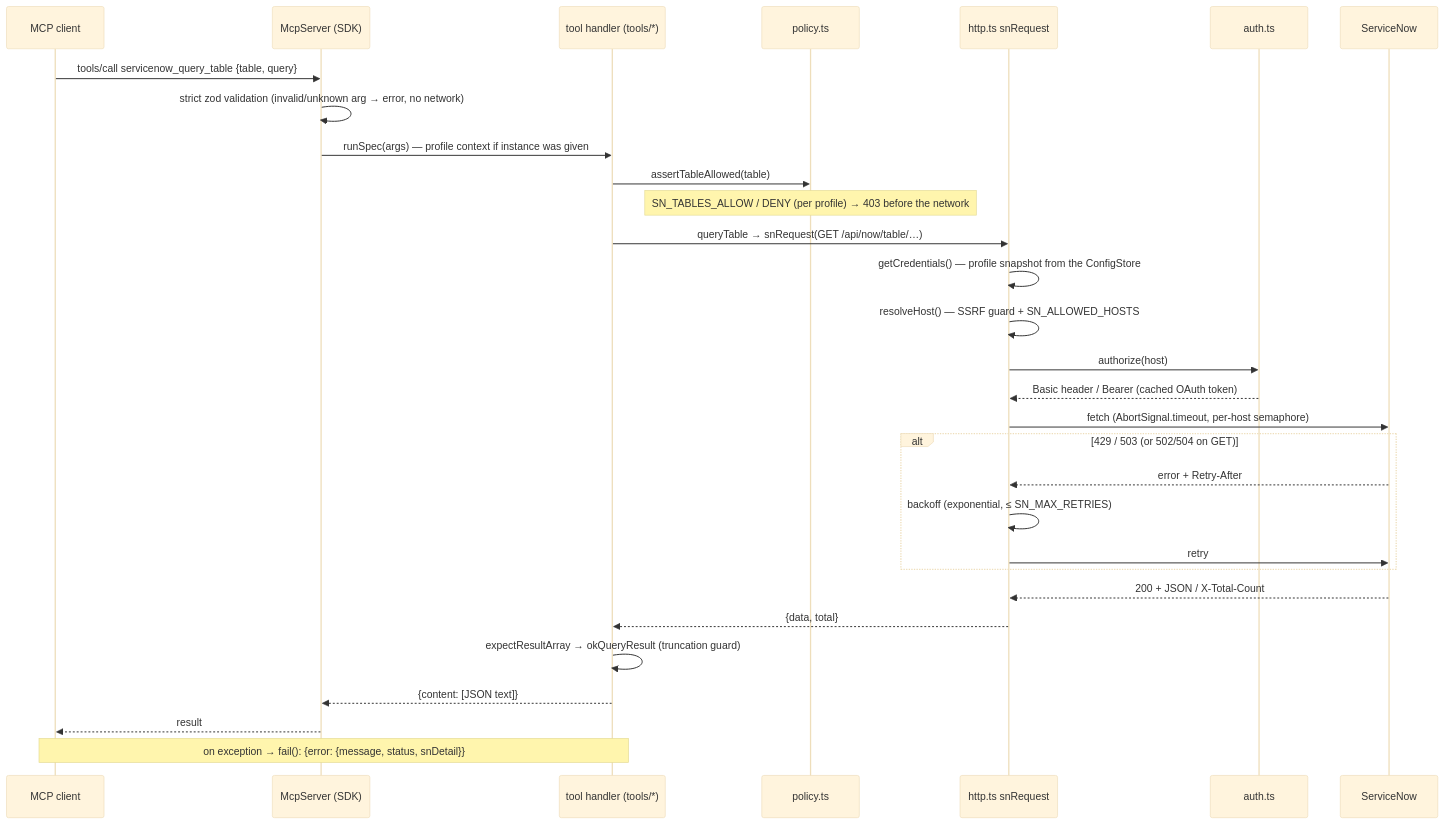
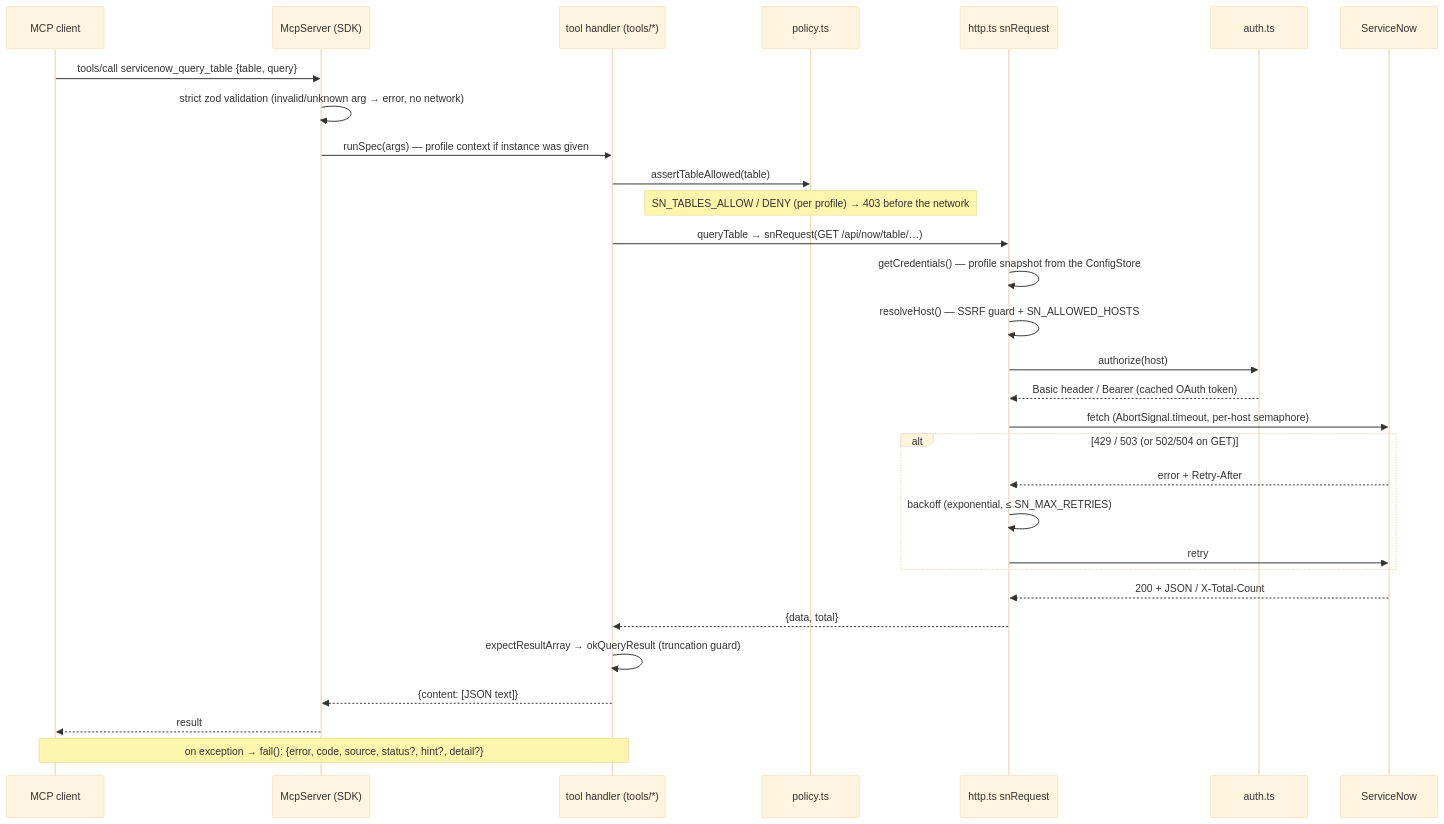
One commit to IvanBBaev/servicenow-mcp-ai changed the second of 5 diagrams in project/ARCHITECTURE.md. Above: the diagram before and after it, drawn with Mermaid (base theme). The commit also changed other lines of this file and 226 other files, not shown here.

First line of the commit message:
feat(v3): roadmap batches 17-18

````diff
--- a/project/ARCHITECTURE.md
+++ b/project/ARCHITECTURE.md
@@ -85,33 +85,33 @@
 ```mermaid
 sequenceDiagram
     participant C as MCP client
     participant S as McpServer (SDK)
     participant T as tool handler (tools/*)
     participant P as policy.ts
     participant H as http.ts snRequest
     participant A as auth.ts
     participant SN as ServiceNow
 
     C->>S: tools/call servicenow_query_table {table, query}
     S->>S: strict zod validation (invalid/unknown arg → error, no network)
     S->>T: runSpec(args) — profile context if instance was given
     T->>P: assertTableAllowed(table)
     Note over P: SN_TABLES_ALLOW / DENY (per profile) → 403 before the network
     T->>H: queryTable → snRequest(GET /api/now/table/…)
     H->>H: getCredentials() — profile snapshot from the ConfigStore
     H->>H: resolveHost() — SSRF guard + SN_ALLOWED_HOSTS
     H->>A: authorize(host)
     A-->>H: Basic header / Bearer (cached OAuth token)
     H->>SN: fetch (AbortSignal.timeout, per-host semaphore)
     alt 429 / 503 (or 502/504 on GET)
         SN-->>H: error + Retry-After
         H->>H: backoff (exponential, ≤ SN_MAX_RETRIES)
         H->>SN: retry
     end
     SN-->>H: 200 + JSON / X-Total-Count
     H-->>T: {data, total}
     T->>T: expectResultArray → okQueryResult (truncation guard)
     T-->>S: {content: [JSON text]}
     S-->>C: result
-    Note over T,C: on exception → fail(): {error: {message, status, snDetail}}
+    Note over T,C: on exception → fail(): {error, code, source, status?, hint?, detail?}
 ```
````
